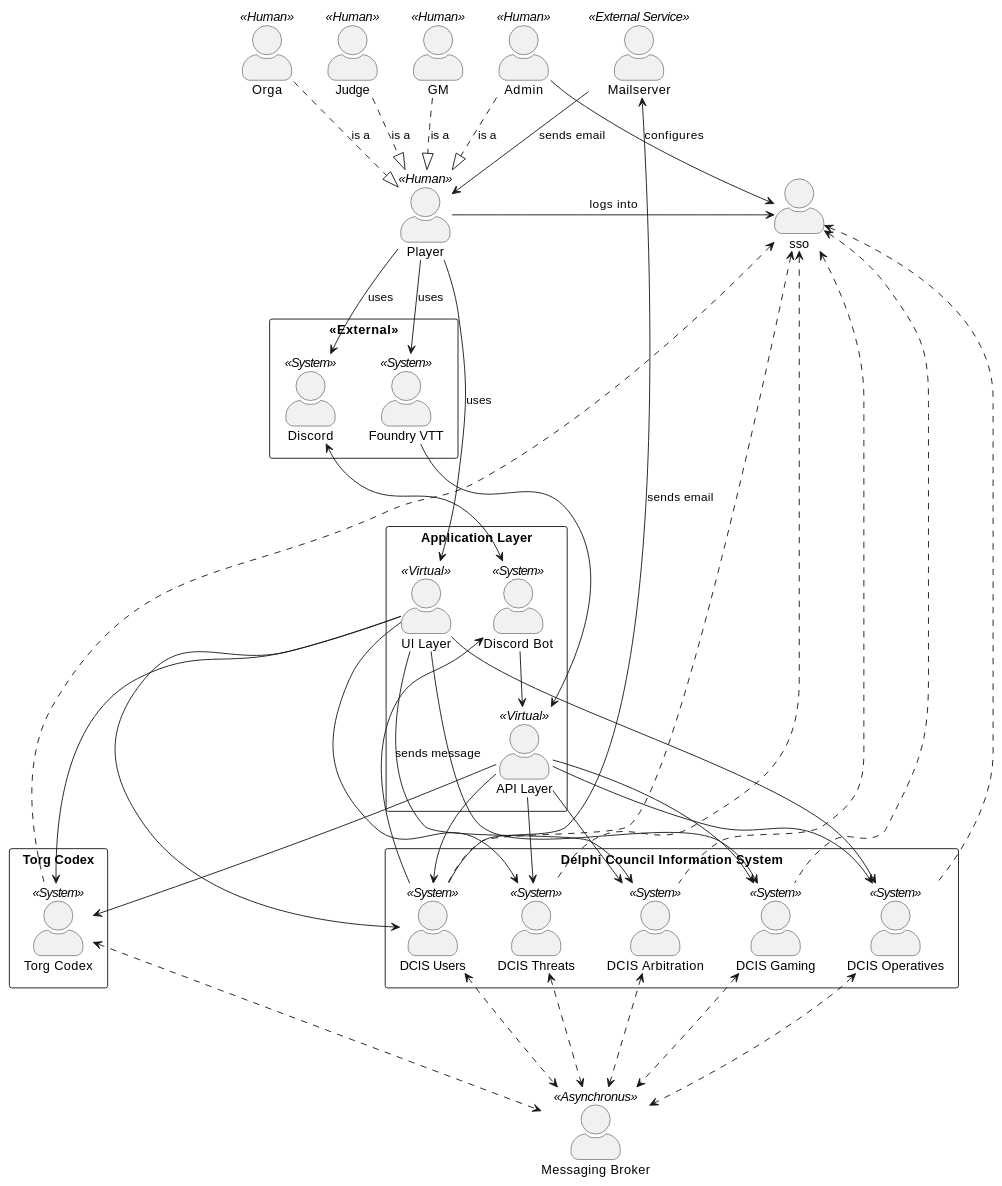
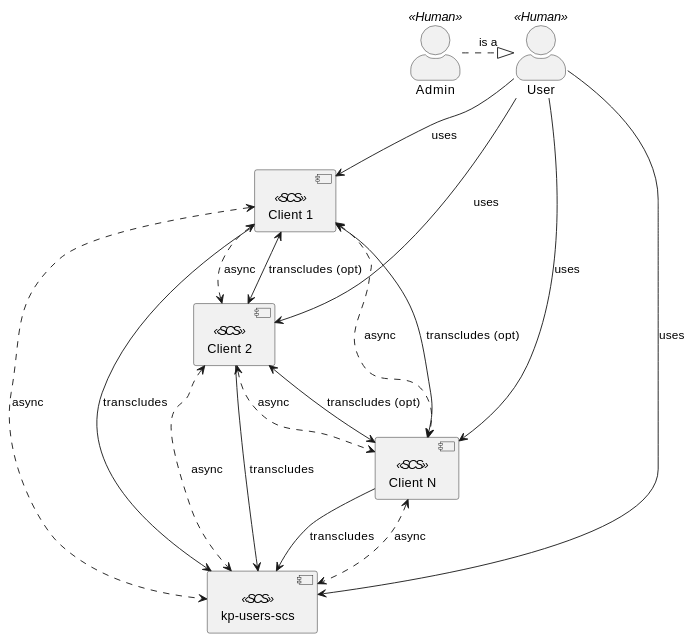
Before and after one commit to KaiserpfalzEDV/kp-commons: the diagram in modules/kp-users-root/docs/modules/arc42/pages/03_system_scope_and_context/business-context.adoc, drawn with PlantUML. The commit also changed 3 other files, not shown here.

```diff
--- a/modules/kp-users-root/docs/modules/arc42/pages/03_system_scope_and_context/business-context.adoc
+++ b/modules/kp-users-root/docs/modules/arc42/pages/03_system_scope_and_context/business-context.adoc
@@ -9,91 +9,38 @@
 skinparam actorStyle awesome
 
 together {
-  :GM: as gm << Human >>
-  :Judge: as judge << Human >>
-  :Orga: as orga << Human >>
+  :User: as user << Human >>
   :Admin: as admin << Human >>
+}
+admin .right.|> user : is a
 
-  together {
-    :Player: as player << Human >>
+component "kp-users-scs" <<SCS>> as usersscs
 
-    rectangle <<External>> {
-      :Foundry VTT: as foundry << System >>
-      :Discord: as discord << System >>
-    }
-  }
+together {
+  component "Client 1" <<SCS>> as client1scs
+  component "Client 2" <<SCS>> as client2scs
+  component "Client N" <<SCS>> as clientNscs
 }
 
+client1scs <..> client2scs : async
+client1scs <..> clientNscs : async
+client1scs <..> usersscs : async
+client2scs <..> clientNscs : async
+client2scs <..> usersscs : async
+clientNscs <..> usersscs : async
 
-gm    .d.|> player : is a
-judge .d.|> player : is a
-orga  .d.|> player : is a
-admin .d.|> player : is a
+client1scs <--> client2scs : transcludes (opt)
+client1scs <--> clientNscs : transcludes (opt)
+client2scs <--> clientNscs : transcludes (opt)
 
-together {
-  rectangle "Application Layer" {
-    :UI Layer: as ui << Virtual >>
-    :API Layer: as api << Virtual >>
-    :Discord Bot: as bot << System >>
-  }
-}
+client1scs --> usersscs : transcludes
+client2scs --> usersscs : transcludes
+clientNscs --> usersscs : transcludes
 
-rectangle "Delphi Council Information System" {
-    :DCIS Arbitration: as arbitration << System >>
-    :DCIS Operatives: as operatives << System >>
-    :DCIS Gaming: as gaming << System >>
-    :DCIS Threats: as threats << System >>
-    :DCIS Users: as users << System >>
-}
+user --> client1scs : uses
+user --> client2scs : uses
+user --> clientNscs : uses
+user --> usersscs : uses
 
-rectangle "Torg Codex" {
-    :Torg Codex: as codex << System >>
-}
-
-broker as "Messaging Broker" << Asynchronus >>
-mail as "Mailserver" << External Service >>
-
-player --> discord : uses
-player --> ui : uses
-player --> foundry : uses
-admin --> sso : configures
-
-foundry --> api
-discord <--> bot
-
-bot --> api
-
-ui --> users
-ui --> arbitration
-ui --> operatives
-ui --> gaming
-ui --> threats
-ui --> codex
-
-api --> users
-api --> arbitration
-api --> operatives
-api --> gaming
-api --> threats
-api --> codex
-
-mail <-- users : sends email
-mail --> player : sends email
-bot <-- users : sends message
-
-users <-.-> broker
-arbitration <-.-> broker
-operatives <-.-> broker
-gaming <-.-> broker
-threats <-.-> broker
-codex <-.-> broker
-
-sso <-- player : logs into
-sso <-.- users
-sso <-.- arbitration
-sso <-.- operatives
-sso <-.- gaming
-sso <-.- threats
-sso <-.- codex
 @enduml
 ----
```
